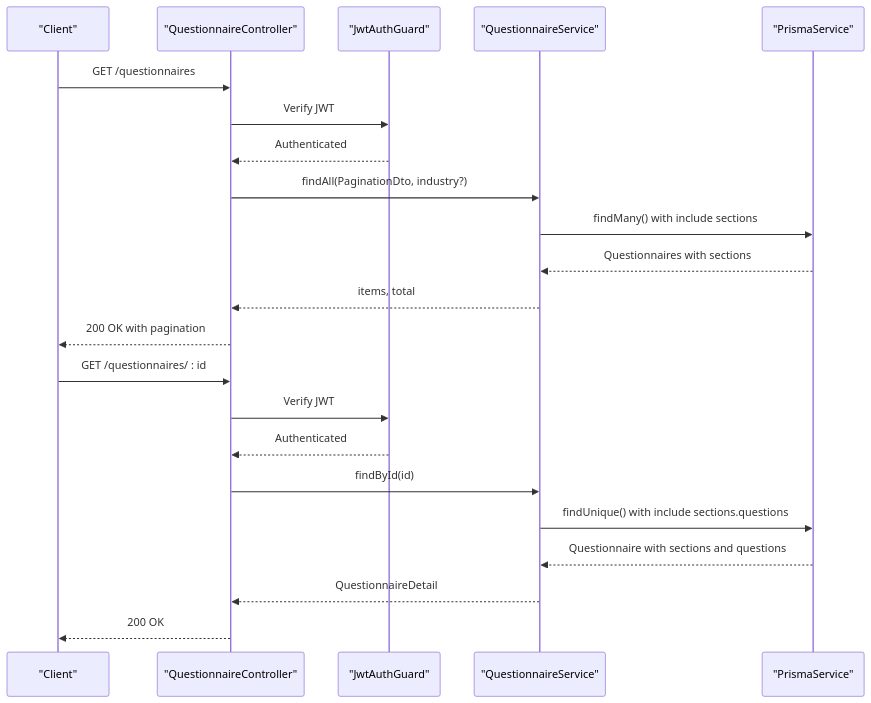
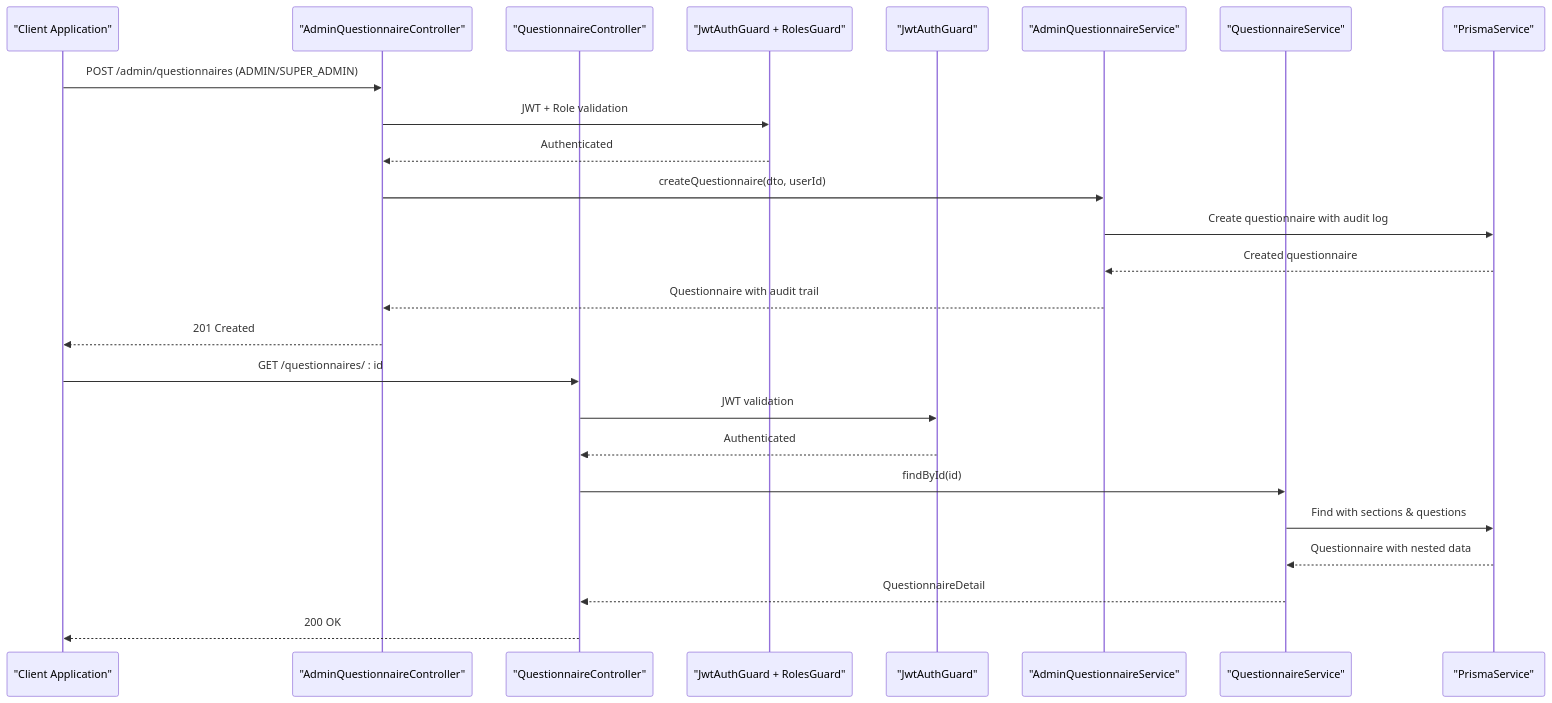
Before and after one commit to Avi-Bendetsky/Quiz-to-build: the second of 4 diagrams in .qoder/repowiki/en/content/API Reference/Questionnaire Endpoints.md, drawn with Mermaid. The commit also changed other lines of this file and 41 other files, not shown here.

````diff
--- a/.qoder/repowiki/en/content/API Reference/Questionnaire Endpoints.md
+++ b/.qoder/repowiki/en/content/API Reference/Questionnaire Endpoints.md
@@ -102,24 +135,27 @@
 ```mermaid
 sequenceDiagram
-participant Client as "Client"
-participant Controller as "QuestionnaireController"
-participant Guard as "JwtAuthGuard"
-participant Service as "QuestionnaireService"
+participant Client as "Client Application"
+participant AdminController as "AdminQuestionnaireController"
+participant QuestionnaireController as "QuestionnaireController"
+participant AdminGuard as "JwtAuthGuard + RolesGuard"
+participant QuestionnaireGuard as "JwtAuthGuard"
+participant AdminService as "AdminQuestionnaireService"
+participant QuestionnaireService as "QuestionnaireService"
 participant DB as "PrismaService"
-Client->>Controller : GET /questionnaires
-Controller->>Guard : Verify JWT
-Guard-->>Controller : Authenticated
-Controller->>Service : findAll(PaginationDto, industry?)
-Service->>DB : findMany() with include sections
-DB-->>Service : Questionnaires with sections
-Service-->>Controller : items, total
-Controller-->>Client : 200 OK with pagination
-Client->>Controller : GET /questionnaires/ : id
-Controller->>Guard : Verify JWT
-Guard-->>Controller : Authenticated
-Controller->>Service : findById(id)
-Service->>DB : findUnique() with include sections.questions
-DB-->>Service : Questionnaire with sections and questions
-Service-->>Controller : QuestionnaireDetail
-Controller-->>Client : 200 OK
+Client->>AdminController : POST /admin/questionnaires (ADMIN/SUPER_ADMIN)
+AdminController->>AdminGuard : JWT + Role validation
+AdminGuard-->>AdminController : Authenticated
+AdminController->>AdminService : createQuestionnaire(dto, userId)
+AdminService->>DB : Create questionnaire with audit log
+DB-->>AdminService : Created questionnaire
+AdminService-->>AdminController : Questionnaire with audit trail
+AdminController-->>Client : 201 Created
+Client->>QuestionnaireController : GET /questionnaires/ : id
+QuestionnaireController->>QuestionnaireGuard : JWT validation
+QuestionnaireGuard-->>QuestionnaireController : Authenticated
+QuestionnaireController->>QuestionnaireService : findById(id)
+QuestionnaireService->>DB : Find with sections & questions
+DB-->>QuestionnaireService : Questionnaire with nested data
+QuestionnaireService-->>QuestionnaireController : QuestionnaireDetail
+QuestionnaireController-->>Client : 200 OK
 ```
````
